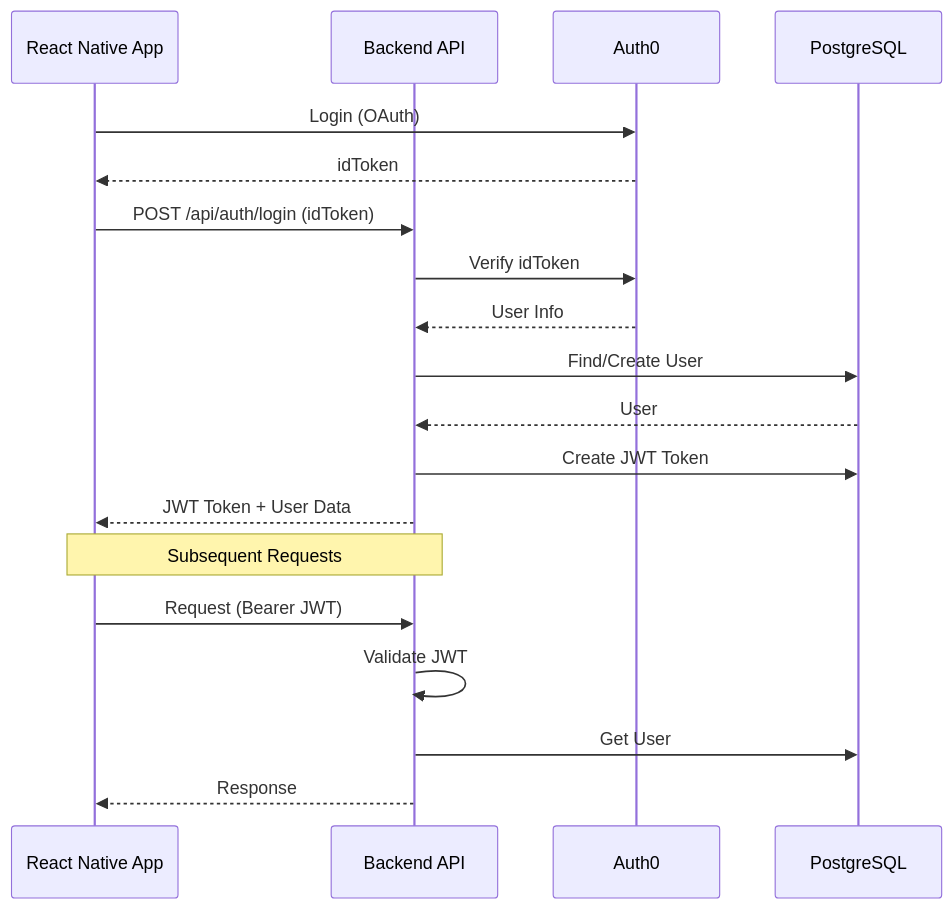
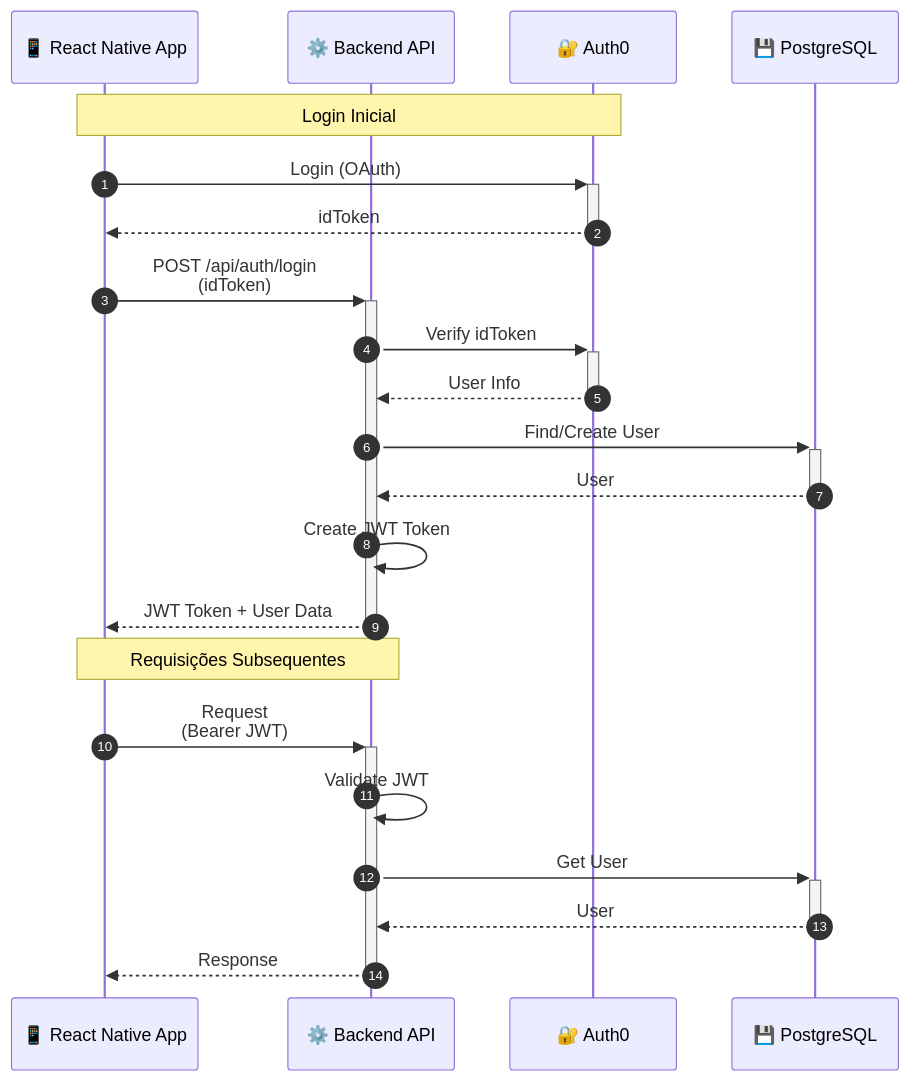
Before and after one commit to Mavimarmara/likeme-back-end: the fourth of 5 diagrams in docs/system-architecture.md, drawn with Mermaid. The commit also changed other lines of this file, not shown here.

First line of the commit message:
Otimiza diagramas Mermaid para melhor visualização

````diff
--- a/docs/system-architecture.md
+++ b/docs/system-architecture.md
@@ -226,23 +248,27 @@
 ```mermaid
 sequenceDiagram
-    participant App as React Native App
-    participant API as Backend API
-    participant Auth0 as Auth0
-    participant DB as PostgreSQL
+    autonumber
+    participant App as 📱 React Native App
+    participant API as ⚙️ Backend API
+    participant Auth0 as 🔐 Auth0
+    participant DB as 💾 PostgreSQL
 
-    App->>Auth0: Login (OAuth)
-    Auth0-->>App: idToken
-    App->>API: POST /api/auth/login (idToken)
-    API->>Auth0: Verify idToken
-    Auth0-->>API: User Info
-    API->>DB: Find/Create User
-    DB-->>API: User
-    API->>DB: Create JWT Token
-    API-->>App: JWT Token + User Data
+    Note over App,Auth0: Login Inicial
+    App->>+Auth0: Login (OAuth)
+    Auth0-->>-App: idToken
     
-    Note over App,API: Subsequent Requests
-    App->>API: Request (Bearer JWT)
+    App->>+API: POST /api/auth/login<br/>(idToken)
+    API->>+Auth0: Verify idToken
+    Auth0-->>-API: User Info
+    API->>+DB: Find/Create User
+    DB-->>-API: User
+    API->>API: Create JWT Token
+    API-->>-App: JWT Token + User Data
+    
+    Note over App,API: Requisições Subsequentes
+    App->>+API: Request<br/>(Bearer JWT)
     API->>API: Validate JWT
-    API->>DB: Get User
-    API-->>App: Response
+    API->>+DB: Get User
+    DB-->>-API: User
+    API-->>-App: Response
 ```
````
